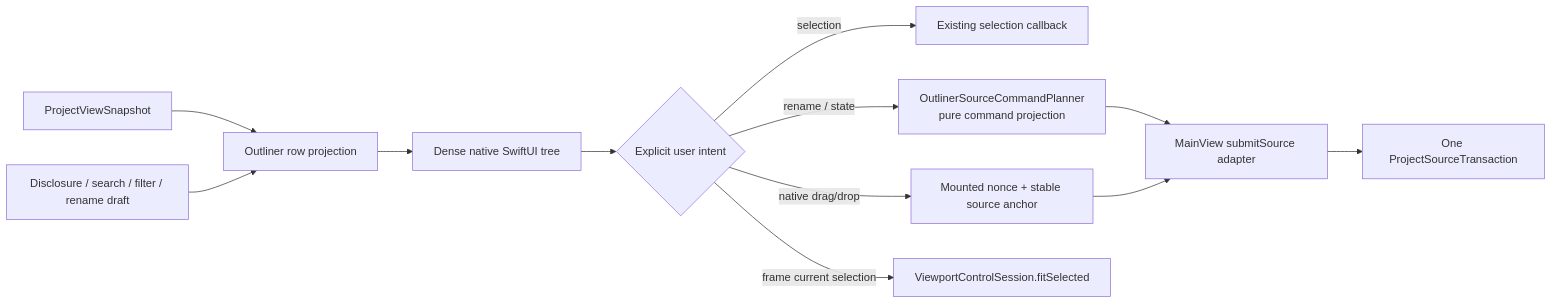
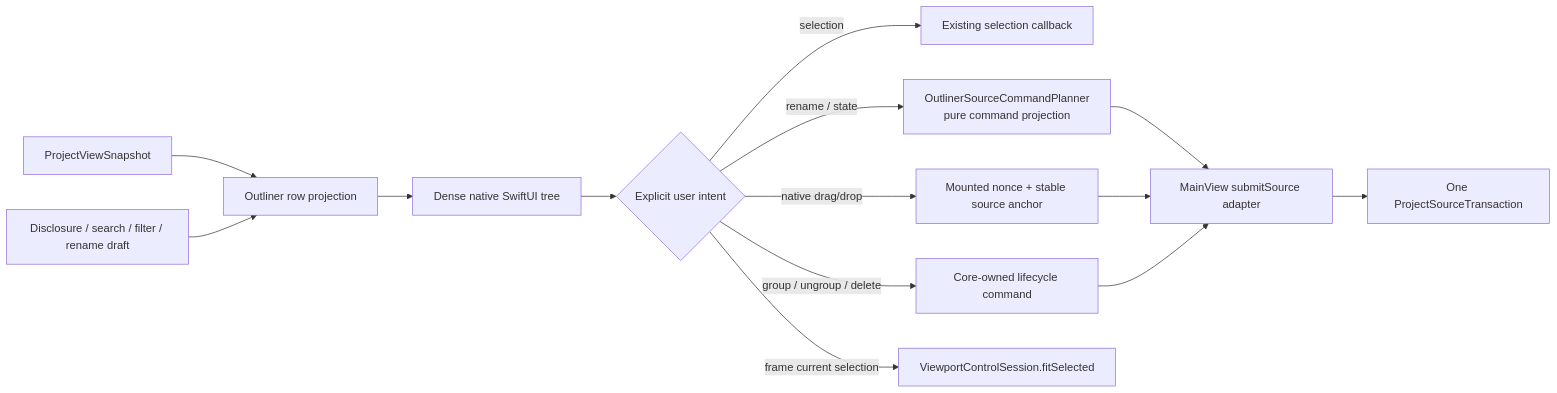
Before and after one commit to 1amageek/Rupa: the first of 2 diagrams in RupaKit/Sources/RupaUI/Outliner/DESIGN.md, drawn with Mermaid. The commit also changed other lines of this file and 32 other files, not shown here.

````diff
--- a/RupaKit/Sources/RupaUI/Outliner/DESIGN.md
+++ b/RupaKit/Sources/RupaUI/Outliner/DESIGN.md
@@ -42,14 +46,16 @@
 ```mermaid
 flowchart LR
     Snapshot["ProjectViewSnapshot"] --> Projection["Outliner row projection"]
     Local["Disclosure / search / filter / rename draft"] --> Projection
     Projection --> Tree["Dense native SwiftUI tree"]
     Tree --> Intent{"Explicit user intent"}
     Intent -->|selection| Selection["Existing selection callback"]
     Intent -->|rename / state| Plan["OutlinerSourceCommandPlanner\npure command projection"]
     Plan --> Main["MainView submitSource adapter"]
     Main --> Workspace["One ProjectSourceTransaction"]
     Intent -->|native drag/drop| Move["Mounted nonce + stable source anchor"]
     Move --> Main
+    Intent -->|group / ungroup / delete| Life["Core-owned lifecycle command"]
+    Life --> Main
     Intent -->|frame current selection| Viewport["ViewportControlSession.fitSelected"]
 ```
````
